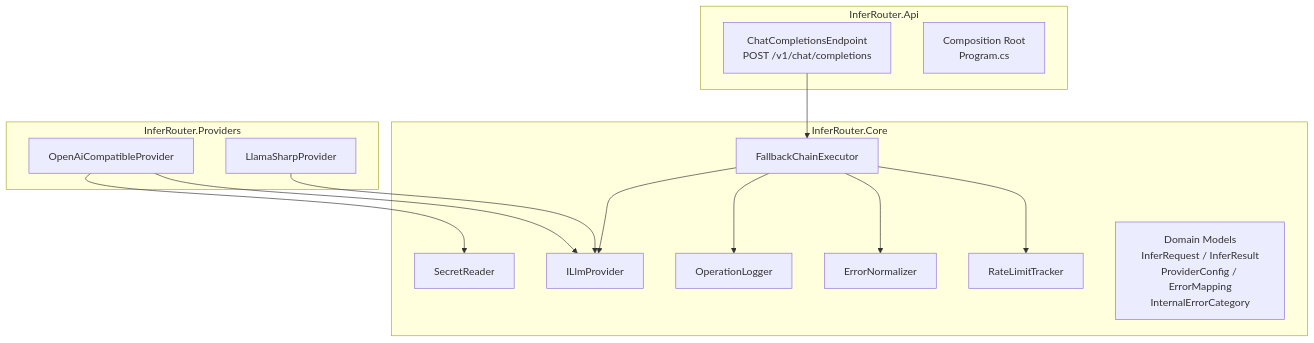
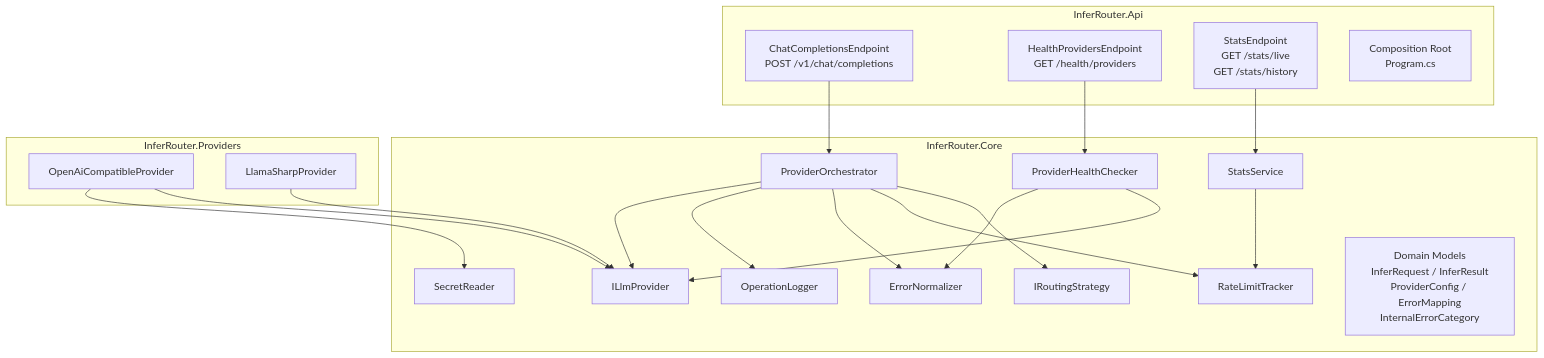
Before and after one commit to vvidman/InferRouter: the diagram in docs/architecture.md, drawn with Mermaid. The commit also changed other lines of this file and 2 other files, not shown here.

First line of the commit message:
docs: actualize architecture, soup, and README to current implementation

````diff
--- a/docs/architecture.md
+++ b/docs/architecture.md
@@ -36,31 +36,42 @@
 ```mermaid
 flowchart TD
     subgraph InferRouter.Api
         EP[ChatCompletionsEndpoint\nPOST /v1/chat/completions]
+        HPE[HealthProvidersEndpoint\nGET /health/providers]
+        SE[StatsEndpoint\nGET /stats/live\nGET /stats/history]
         DI[Composition Root\nProgram.cs]
     end
 
     subgraph InferRouter.Core
         IFACE[ILlmProvider]
-        FCE[FallbackChainExecutor]
+        STRAT[IRoutingStrategy]
+        PO[ProviderOrchestrator]
         RLT[RateLimitTracker]
         EN[ErrorNormalizer]
         OL[OperationLogger]
         SR[SecretReader]
+        PHC[ProviderHealthChecker]
+        SS[StatsService]
         MODELS[Domain Models\nInferRequest / InferResult\nProviderConfig / ErrorMapping\nInternalErrorCategory]
     end
 
     subgraph InferRouter.Providers
         OAP[OpenAiCompatibleProvider]
         LSP[LlamaSharpProvider]
     end
 
-    EP --> FCE
-    FCE --> RLT
-    FCE --> EN
-    FCE --> OL
-    FCE --> IFACE
+    EP --> PO
+    PO --> STRAT
+    PO --> RLT
+    PO --> EN
+    PO --> OL
+    PO --> IFACE
+    HPE --> PHC
+    PHC --> IFACE
+    PHC --> EN
+    SE --> SS
+    SS --> RLT
     OAP --> IFACE
     LSP --> IFACE
     OAP --> SR
 ```
````
